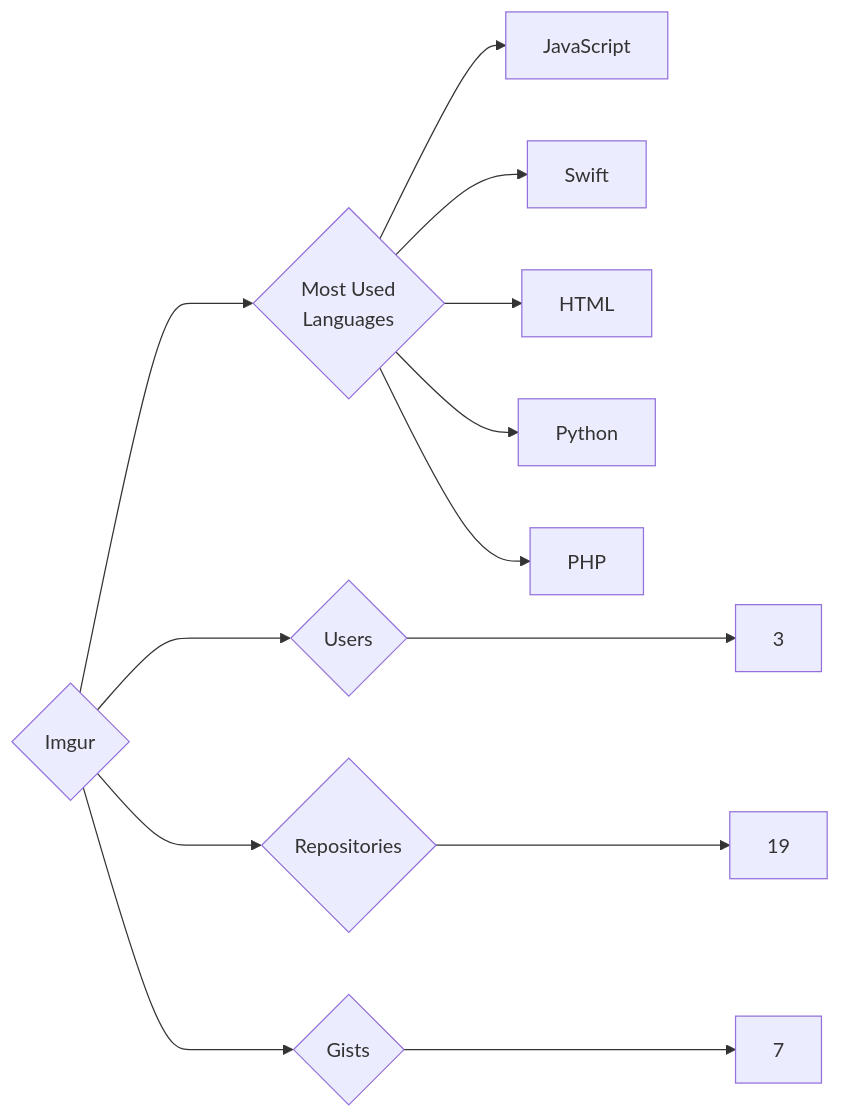
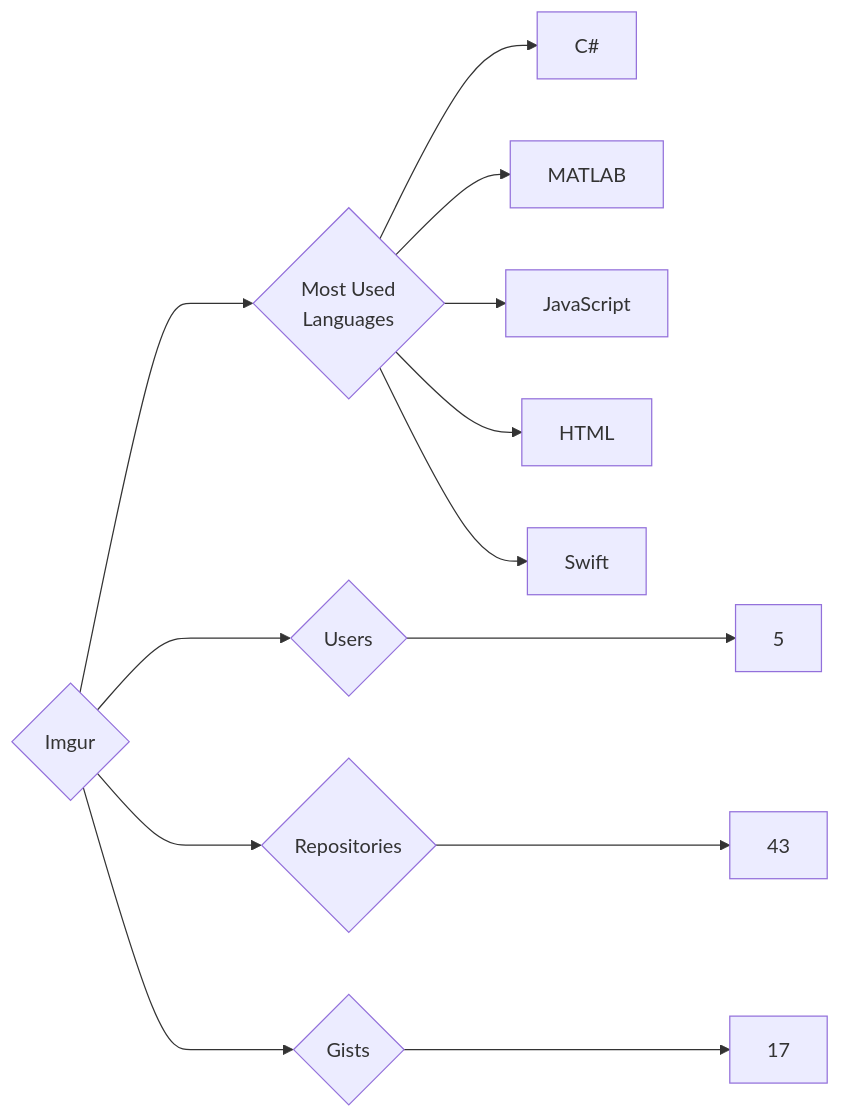
Before and after one commit to trickest/insiders: the diagram in targets/Imgur/README.md, drawn with Mermaid. The commit also changed 934 other files, not shown here.

````diff
--- a/targets/Imgur/README.md
+++ b/targets/Imgur/README.md
@@ -3,13 +3,13 @@
 ```mermaid
 graph LR
 COMPANY_NAME{Imgur}
-COMPANY_NAME ---> U{Users} ---> UN[3]
-COMPANY_NAME ---> R{Repositories} ---> RN[19]
-COMPANY_NAME ---> G{Gists} ---> GN[7]
+COMPANY_NAME ---> U{Users} ---> UN[5]
+COMPANY_NAME ---> R{Repositories} ---> RN[43]
+COMPANY_NAME ---> G{Gists} ---> GN[17]
 COMPANY_NAME ---> ML{Most Used<br>Languages}
+ML --> C#[C#]
+ML --> MATLAB[MATLAB]
 ML --> JavaScript[JavaScript]
+ML --> HTML[HTML]
 ML --> Swift[Swift]
-ML --> HTML[HTML]
-ML --> Python[Python]
-ML --> PHP[PHP]
 ```
````
